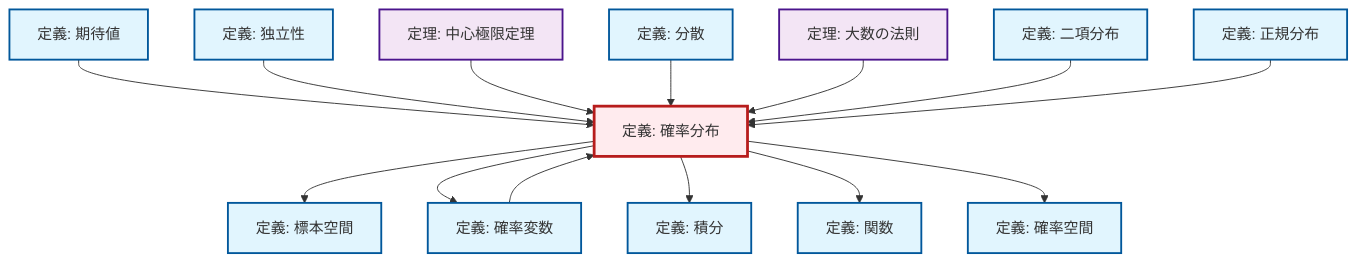
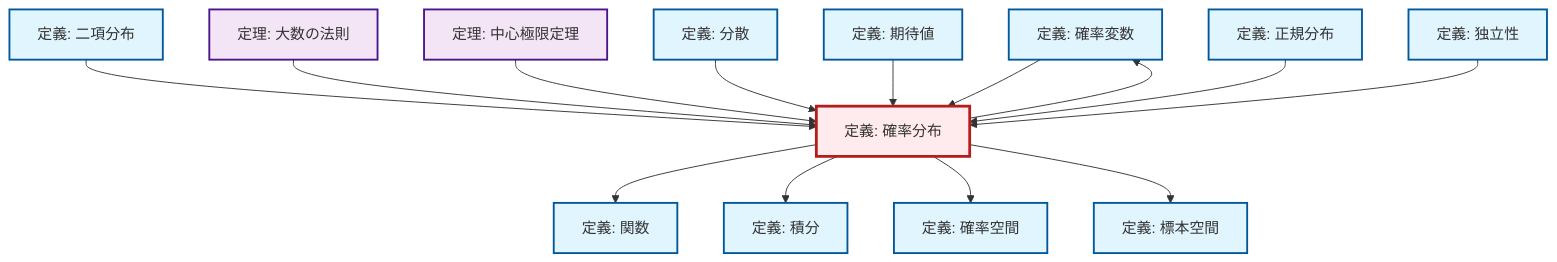
The diagram in content/ja/probability-statistics/def-probability-distribution.qmd (RK0429/ModernMath), drawn with Mermaid before and after one commit. The commit also changed other lines of this file and 328 other files, not shown here.

````diff
--- a/content/ja/probability-statistics/def-probability-distribution.qmd
+++ b/content/ja/probability-statistics/def-probability-distribution.qmd
@@ -100,48 +100,48 @@
 ```{mermaid}
 %%| fig-cap: "ローカル依存関係グラフ"
 graph TD
     classDef definition fill:#e1f5fe,stroke:#01579b,stroke-width:2px
     classDef theorem fill:#f3e5f5,stroke:#4a148c,stroke-width:2px
     classDef axiom fill:#fff3e0,stroke:#e65100,stroke-width:2px
     classDef example fill:#e8f5e9,stroke:#1b5e20,stroke-width:2px
     classDef current fill:#ffebee,stroke:#b71c1c,stroke-width:3px
+    def-random-variable["定義: 確率変数"]:::definition
+    def-binomial-distribution["定義: 二項分布"]:::definition
+    def-independence["定義: 独立性"]:::definition
     def-normal-distribution["定義: 正規分布"]:::definition
+    def-integral["定義: 積分"]:::definition
+    def-function["定義: 関数"]:::definition
+    thm-central-limit["定理: 中心極限定理"]:::theorem
+    thm-law-of-large-numbers["定理: 大数の法則"]:::theorem
+    def-variance["定義: 分散"]:::definition
+    def-probability-distribution["定義: 確率分布"]:::definition
     def-probability-space["定義: 確率空間"]:::definition
-    def-binomial-distribution["定義: 二項分布"]:::definition
-    thm-law-of-large-numbers["定理: 大数の法則"]:::theorem
-    def-independence["定義: 独立性"]:::definition
     def-expectation["定義: 期待値"]:::definition
-    def-function["定義: 関数"]:::definition
-    def-probability-distribution["定義: 確率分布"]:::definition
     def-sample-space["定義: 標本空間"]:::definition
-    thm-central-limit["定理: 中心極限定理"]:::theorem
-    def-variance["定義: 分散"]:::definition
-    def-random-variable["定義: 確率変数"]:::definition
-    def-integral["定義: 積分"]:::definition
+    def-binomial-distribution --> def-probability-distribution
+    def-probability-distribution --> def-function
+    def-probability-distribution --> def-integral
+    def-probability-distribution --> def-probability-space
+    thm-law-of-large-numbers --> def-probability-distribution
+    thm-central-limit --> def-probability-distribution
+    def-variance --> def-probability-distribution
+    def-random-variable --> def-probability-distribution
+    def-expectation --> def-probability-distribution
     def-probability-distribution --> def-sample-space
-    def-expectation --> def-probability-distribution
+    def-normal-distribution --> def-probability-distribution
     def-independence --> def-probability-distribution
     def-probability-distribution --> def-random-variable
-    thm-central-limit --> def-probability-distribution
-    def-variance --> def-probability-distribution
-    def-probability-distribution --> def-integral
-    thm-law-of-large-numbers --> def-probability-distribution
-    def-random-variable --> def-probability-distribution
-    def-binomial-distribution --> def-probability-distribution
-    def-probability-distribution --> def-function
-    def-normal-distribution --> def-probability-distribution
-    def-probability-distribution --> def-probability-space
     class def-probability-distribution current
+    click def-random-variable "def-random-variable.html" "確率変数の定義へ"
+    click def-binomial-distribution "def-binomial-distribution.html" "二項分布の定義へ"
+    click def-independence "def-independence.html" "独立性の定義へ"
     click def-normal-distribution "def-normal-distribution.html" "正規分布の定義へ"
+    click def-integral "def-integral.html" "積分の定義へ"
+    click def-function "def-function.html" "関数の定義へ"
+    click thm-central-limit "thm-central-limit.html" "中心極限定理の定理へ"
+    click thm-law-of-large-numbers "thm-law-of-large-numbers.html" "大数の法則の定理へ"
+    click def-variance "def-variance.html" "分散の定義へ"
     click def-probability-space "def-probability-space.html" "確率空間の定義へ"
-    click def-binomial-distribution "def-binomial-distribution.html" "二項分布の定義へ"
-    click thm-law-of-large-numbers "thm-law-of-large-numbers.html" "大数の法則の定理へ"
-    click def-independence "def-independence.html" "独立性の定義へ"
     click def-expectation "def-expectation.html" "期待値の定義へ"
-    click def-function "def-function.html" "関数の定義へ"
     click def-sample-space "def-sample-space.html" "標本空間の定義へ"
-    click thm-central-limit "thm-central-limit.html" "中心極限定理の定理へ"
-    click def-variance "def-variance.html" "分散の定義へ"
-    click def-random-variable "def-random-variable.html" "確率変数の定義へ"
-    click def-integral "def-integral.html" "積分の定義へ"
 ```
````
